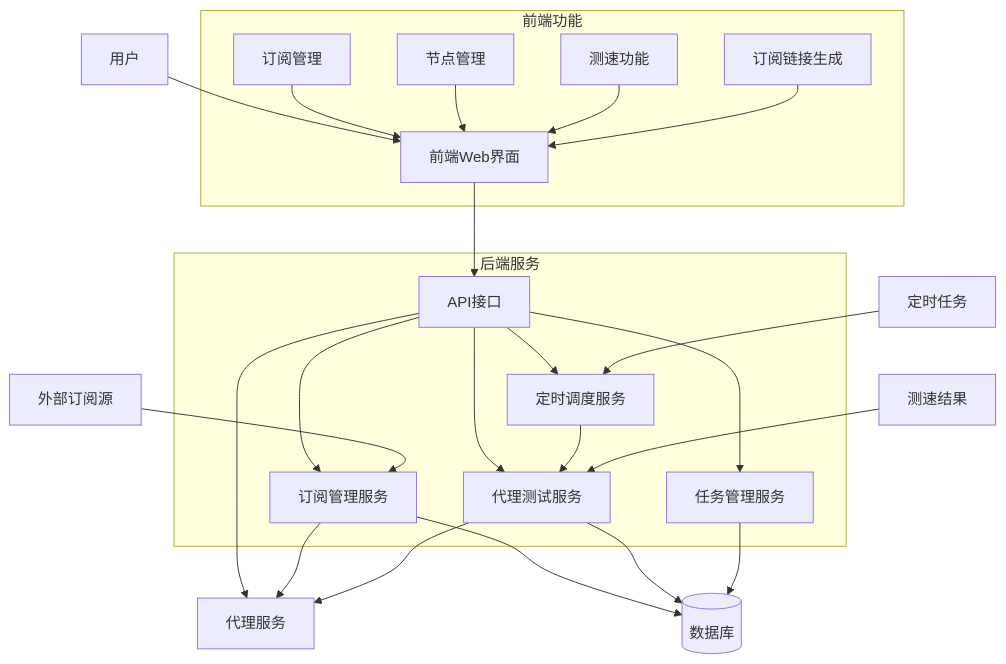
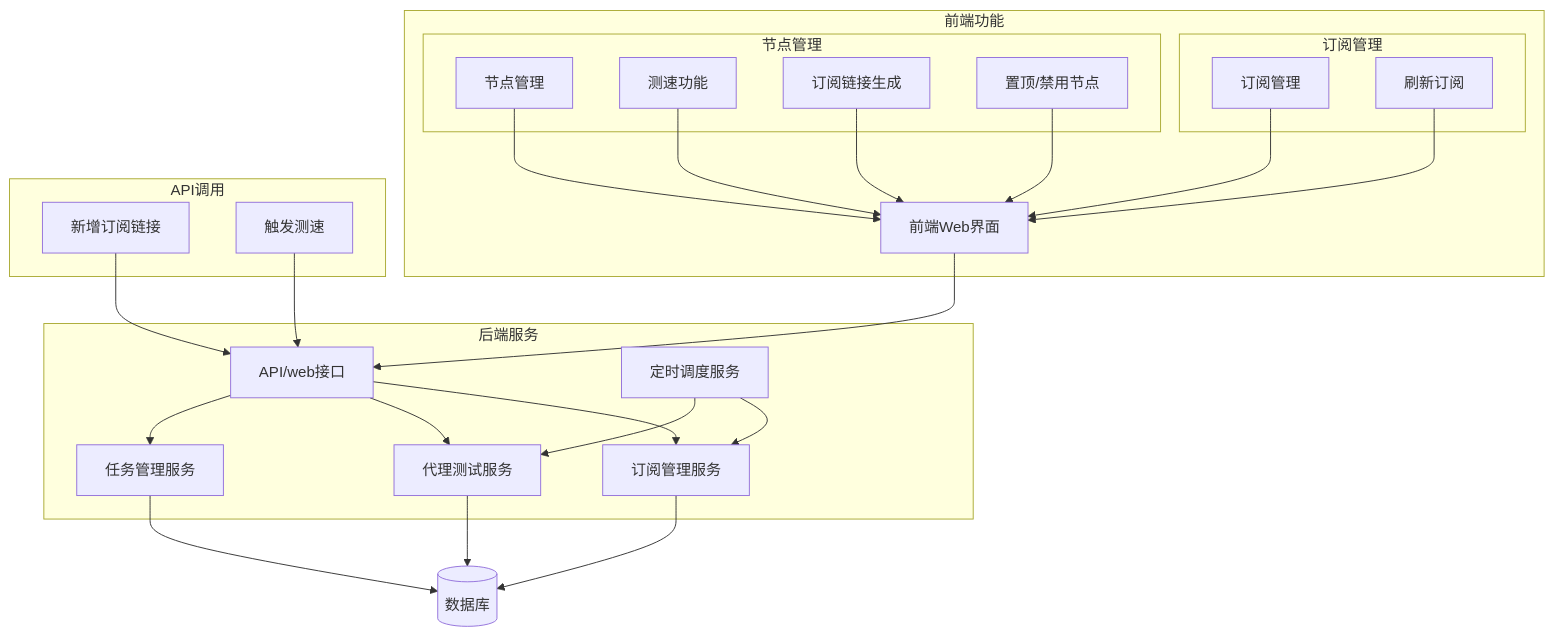
One commit to WhyFear/passwall changed the diagram in README.MD. Above: the diagram before and after it, drawn with Mermaid. The commit also changed other lines of this file and 3 other files, not shown here.

````diff
--- a/README.MD
+++ b/README.MD
@@ -136,33 +236,45 @@
 ```mermaid
 graph TD
-    A[用户] --> B[前端Web界面]
-    B --> C[API接口]
-    C --> D[代理服务]
+    subgraph 前端功能
+        subgraph 订阅管理
+            B1[订阅管理]
+            B6[刷新订阅]
+        end
+        subgraph 节点管理
+            B2[节点管理]
+            B3[测速功能]
+            B4[订阅链接生成]
+            B7[置顶/禁用节点]
+        end
+        B5[前端Web界面]
+        
+        B1 --> B5
+        B6 --> B5
+        B2 --> B5
+        B3 --> B5
+        B4 --> B5
+        B7 --> B5
+    end
     
-    subgraph 前端功能
-    B1[订阅管理] --> B
-    B2[节点管理] --> B
-    B3[测速功能] --> B
-    B4[订阅链接生成] --> B
-    end
+    B5 --> C[API/web接口]
     
     subgraph 后端服务
     C --> E[订阅管理服务]
     C --> F[代理测试服务]
     C --> G[任务管理服务]
-    C --> H[定时调度服务]
+    H[定时调度服务]
     end
+
+    H --> E
+    H --> F
     
     E --> I[(数据库)]
     F --> I
     G --> I
     
-    J[定时任务] --> H
-    H --> F
+    subgraph API调用
+    K[新增订阅链接] --> C
     
-    K[外部订阅源] --> E
-    E --> D
-    
-    L[测速结果] --> F
-    F --> D
+    L[触发测速] --> C
+    end
 ```
````
